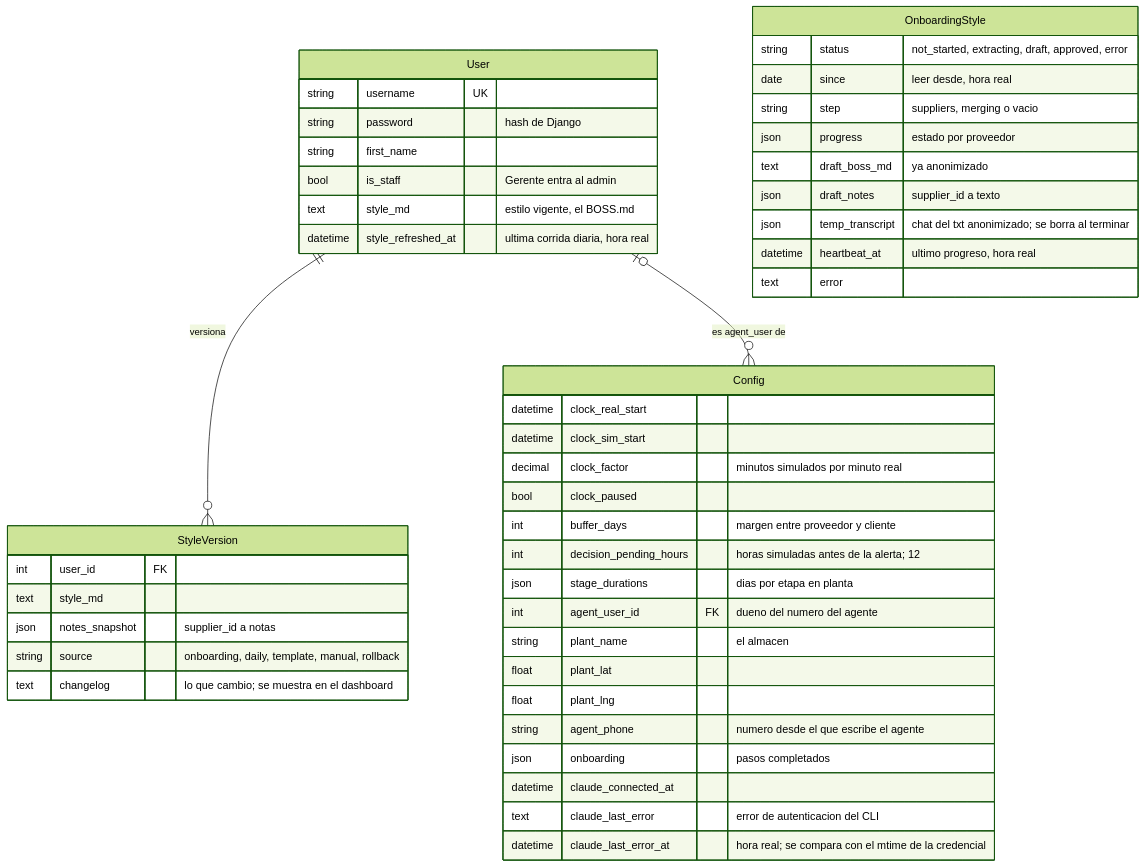
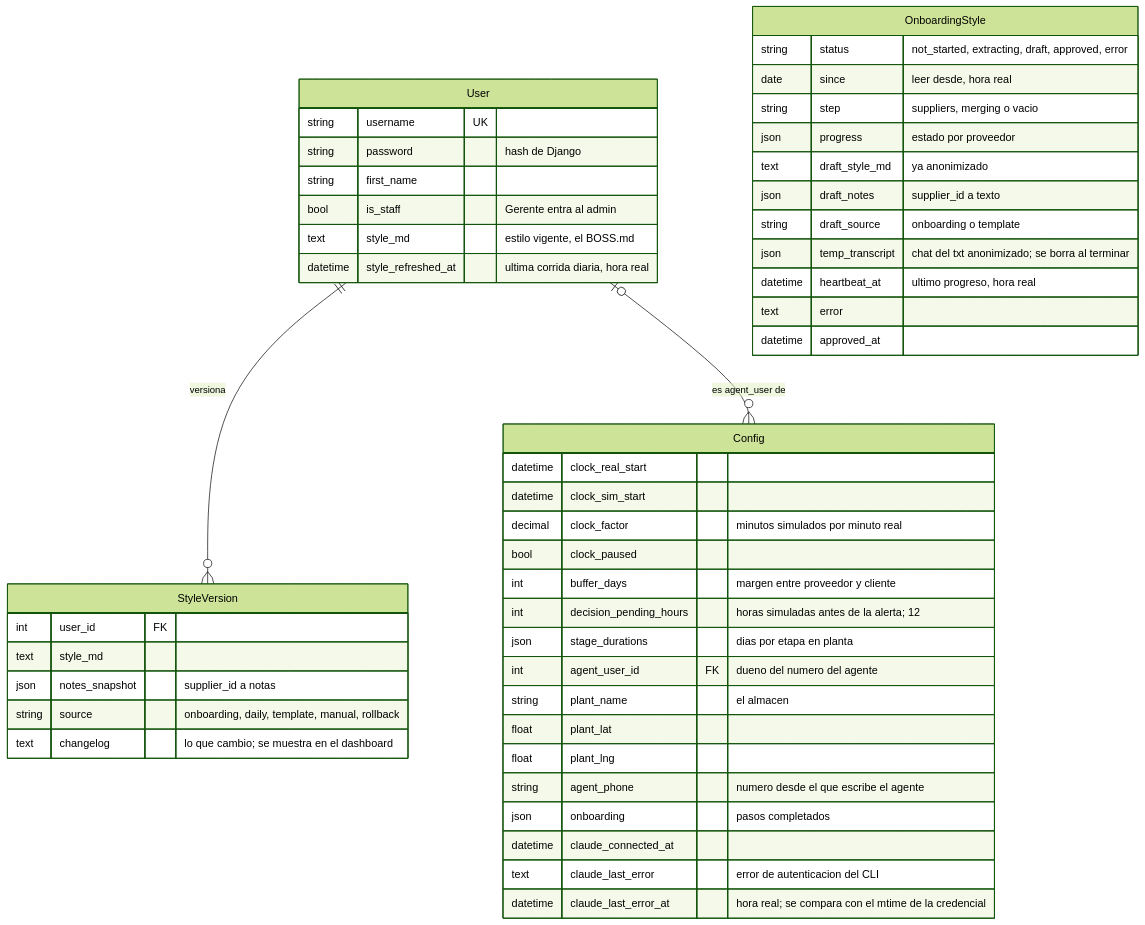
The seventh of 13 diagrams in docs/backend/modelo-de-datos.md (oscargicast/corpotex), drawn with Mermaid (forest theme) before and after one commit. The commit also changed other lines of this file and 6 other files, not shown here.

Commit message:
B1: OnboardingStyle draft_style_md, draft_source and approved_at

````diff
--- a/docs/backend/modelo-de-datos.md
+++ b/docs/backend/modelo-de-datos.md
@@ -754,50 +753,52 @@
 ```mermaid
 erDiagram
     User ||--o{ StyleVersion : "versiona"
     User |o--o{ Config : "es agent_user de"
 
     User {
         string username UK
         string password "hash de Django"
         string first_name
         bool is_staff "Gerente entra al admin"
         text style_md "estilo vigente, el BOSS.md"
         datetime style_refreshed_at "ultima corrida diaria, hora real"
     }
     StyleVersion {
         int user_id FK
         text style_md
         json notes_snapshot "supplier_id a notas"
         string source "onboarding, daily, template, manual, rollback"
         text changelog "lo que cambio; se muestra en el dashboard"
     }
     Config {
         datetime clock_real_start
         datetime clock_sim_start
         decimal clock_factor "minutos simulados por minuto real"
         bool clock_paused
         int buffer_days "margen entre proveedor y cliente"
         int decision_pending_hours "horas simuladas antes de la alerta; 12"
         json stage_durations "dias por etapa en planta"
         int agent_user_id FK "dueno del numero del agente"
         string plant_name "el almacen"
         float plant_lat
         float plant_lng
         string agent_phone "numero desde el que escribe el agente"
         json onboarding "pasos completados"
         datetime claude_connected_at
         text claude_last_error "error de autenticacion del CLI"
         datetime claude_last_error_at "hora real; se compara con el mtime de la credencial"
     }
     OnboardingStyle {
         string status "not_started, extracting, draft, approved, error"
         date since "leer desde, hora real"
         string step "suppliers, merging o vacio"
         json progress "estado por proveedor"
-        text draft_boss_md "ya anonimizado"
+        text draft_style_md "ya anonimizado"
         json draft_notes "supplier_id a texto"
+        string draft_source "onboarding o template"
         json temp_transcript "chat del txt anonimizado; se borra al terminar"
         datetime heartbeat_at "ultimo progreso, hora real"
         text error
+        datetime approved_at
     }
 ```
````
